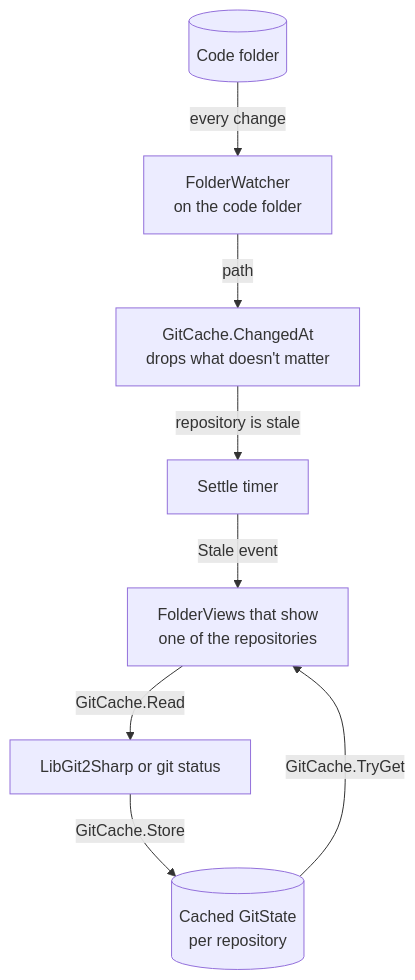
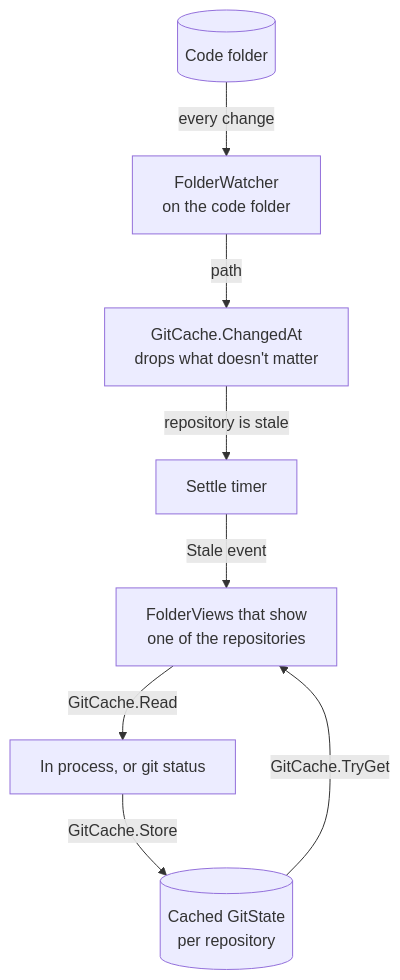
Before and after one commit to SimonCropp/Lode: the first of 6 diagrams in docs/git-status.md, drawn with Mermaid. The commit also changed other lines of this file and 43 other files, not shown here.

````diff
--- a/docs/git-status.md
+++ b/docs/git-status.md
@@ -17,10 +18,10 @@
 ```mermaid
 flowchart TD
     Code[("Code folder")] -->|every change| Watch["FolderWatcher<br/>on the code folder"]
     Watch -->|path| Filter["GitCache.ChangedAt<br/>drops what doesn't matter"]
     Filter -->|repository is stale| Timer["Settle timer"]
     Timer -->|Stale event| Views["FolderViews that show<br/>one of the repositories"]
-    Views -->|"GitCache.Read"| Reader["LibGit2Sharp or git status"]
+    Views -->|"GitCache.Read"| Reader["In process, or git status"]
     Reader -->|"GitCache.Store"| Cache[("Cached GitState<br/>per repository")]
     Cache -->|"GitCache.TryGet"| Views
 ```
````
